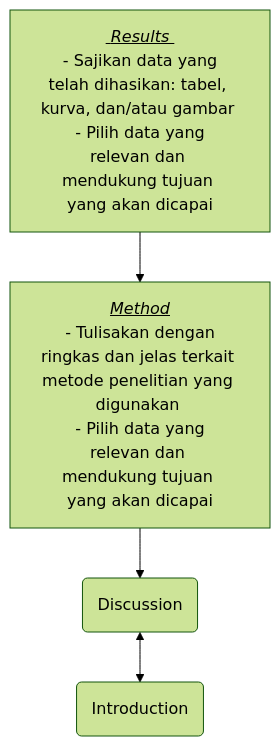
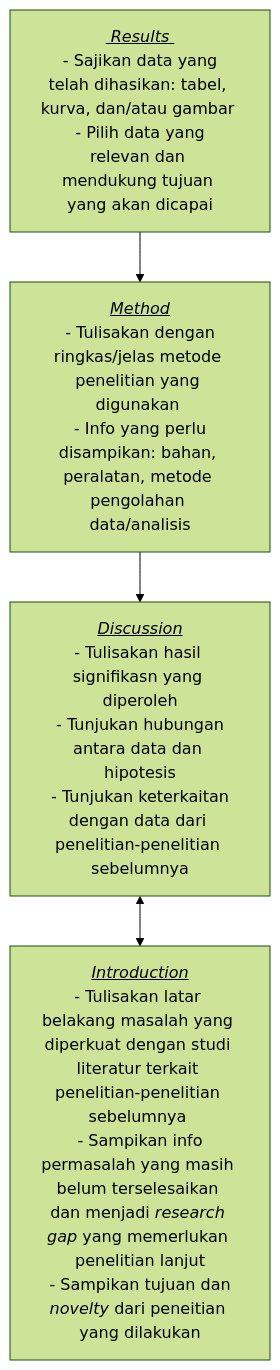
The second of 2 diagrams in task/05/38721002/README.md (dudung/nt6094-01-2022-1), drawn with Mermaid (forest theme) before and after one commit. The commit also changed other lines of this file, not shown here.

````diff
--- a/task/05/38721002/README.md
+++ b/task/05/38721002/README.md
@@ -100,5 +100,5 @@
 ```mermaid
 flowchart TD 
 A[<u><i> Results </i></br></u> - Sajikan data yang telah dihasikan: tabel, kurva, dan/atau gambar </br> - Pilih data yang relevan dan mendukung tujuan yang akan dicapai]
--->B[<u><i>Method</i></br></u> - Tulisakan dengan ringkas dan jelas terkait metode penelitian yang digunakan </br> - Pilih data yang relevan dan mendukung tujuan yang akan dicapai]-->C(Discussion)<-->D(Introduction)
+-->B[<u><i>Method</i></br></u> - Tulisakan dengan ringkas/jelas metode penelitian yang digunakan </br> - Info yang perlu disampikan: bahan, peralatan, metode pengolahan data/analisis]-->C[<u><i>Discussion</i></br></u>- Tulisakan hasil signifikasn yang diperoleh</br> - Tunjukan hubungan antara data dan hipotesis</br> - Tunjukan keterkaitan dengan data dari penelitian-penelitian sebelumnya</br>]<-->D[<u><i>Introduction</i></br></u>- Tulisakan latar belakang masalah yang diperkuat dengan studi literatur terkait penelitian-penelitian sebelumnya </br> - Sampikan info permasalah yang masih belum terselesaikan dan menjadi <i>research gap</i> yang memerlukan penelitian lanjut</br> - Sampikan tujuan dan <i>novelty</i> dari peneitian yang dilakukan]
 ```
````
